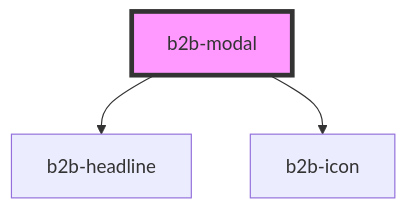
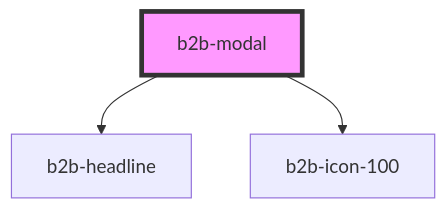
One commit to otto-de/b2b-design-system changed the diagram in packages/core-components/src/components/modal/readme.md. Above: the diagram before and after it, drawn with Mermaid. The commit also changed other lines of this file and 41 other files, not shown here.

````diff
--- a/packages/core-components/src/components/modal/readme.md
+++ b/packages/core-components/src/components/modal/readme.md
@@ -40,6 +40,6 @@
 ```mermaid
 graph TD;
   b2b-modal --> b2b-headline
-  b2b-modal --> b2b-icon
+  b2b-modal --> b2b-icon-100
   style b2b-modal fill:#f9f,stroke:#333,stroke-width:4px
 ```
````
